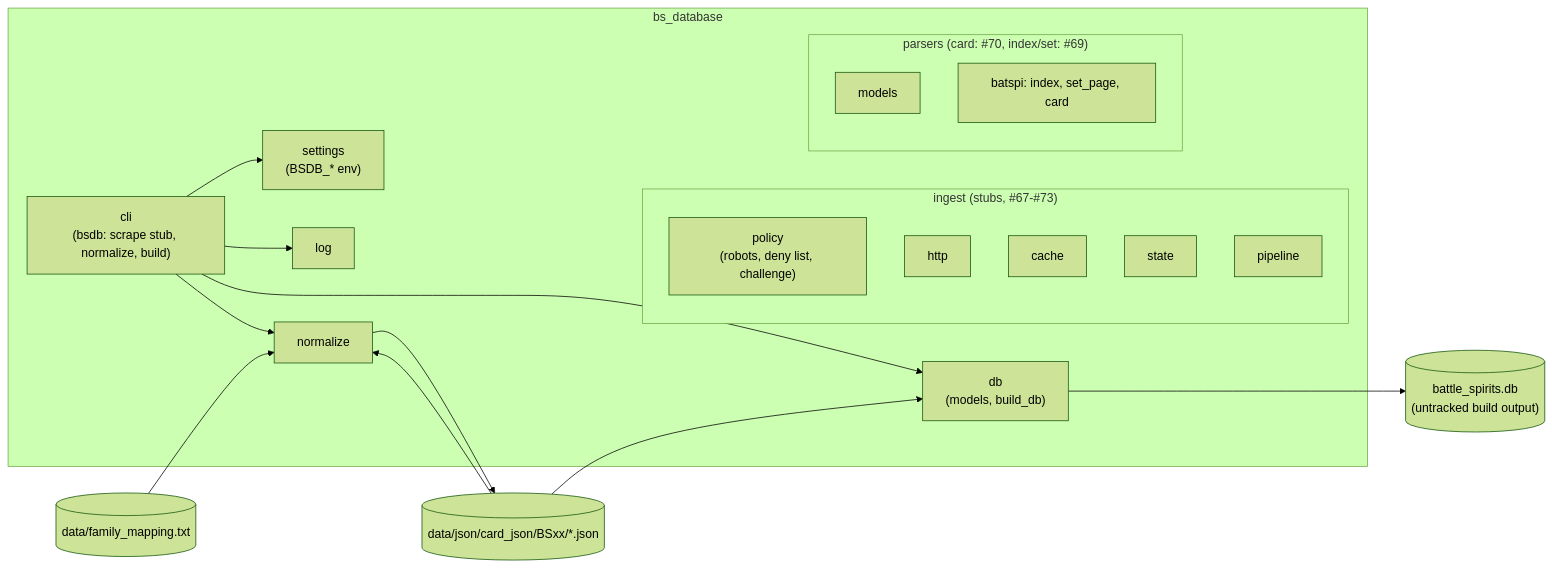
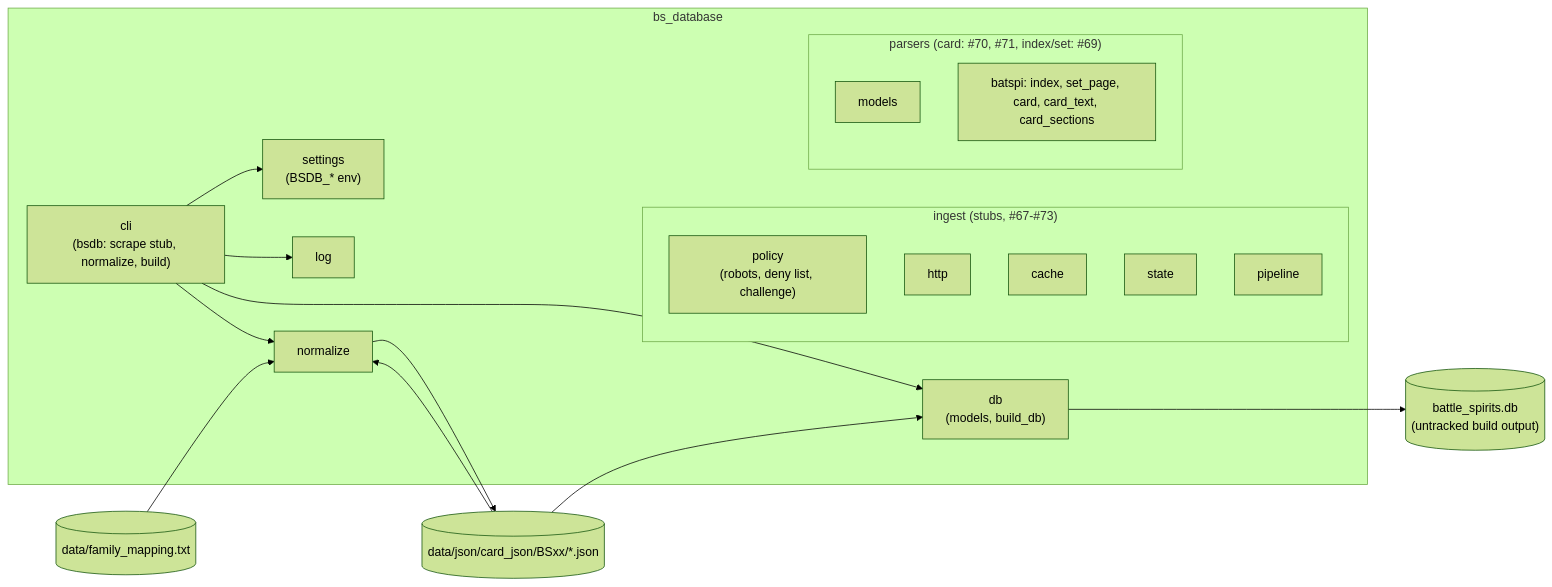
Before and after one commit to AleFire99/BS_Database: the first of 3 diagrams in docs/architecture/overview.md, drawn with Mermaid (forest theme). The commit also changed other lines of this file and 1 other file, not shown here.

First line of the commit message:
docs(architecture): document card text parsing and the coverage gate

````diff
--- a/docs/architecture/overview.md
+++ b/docs/architecture/overview.md
@@ -7,35 +7,35 @@
 ```mermaid
 flowchart LR
     subgraph bs_database
         CLI["cli<br/>(bsdb: scrape stub, normalize, build)"]
         SET["settings<br/>(BSDB_* env)"]
         LOG["log"]
         subgraph ingest["ingest (stubs, #67-#73)"]
             POL["policy<br/>(robots, deny list, challenge)"]
             HTTP["http"]
             CACHE["cache"]
             STATE["state"]
             PIPE["pipeline"]
         end
-        subgraph parsers["parsers (card: #70, index/set: #69)"]
+        subgraph parsers["parsers (card: #70, #71, index/set: #69)"]
             MODELS["models"]
-            BPARSE["batspi: index, set_page, card"]
+            BPARSE["batspi: index, set_page, card, card_text, card_sections"]
         end
         NORM["normalize"]
         DBM["db<br/>(models, build_db)"]
     end
 
     CJ[("data/json/card_json/BSxx/*.json")]
     FM[("data/family_mapping.txt")]
     DB[("battle_spirits.db<br/>(untracked build output)")]
 
     CLI --> SET
     CLI --> LOG
     CLI --> NORM
     CLI --> DBM
 
     CJ --> NORM
     FM --> NORM
     NORM --> CJ
     CJ --> DBM --> DB
 ```
````
